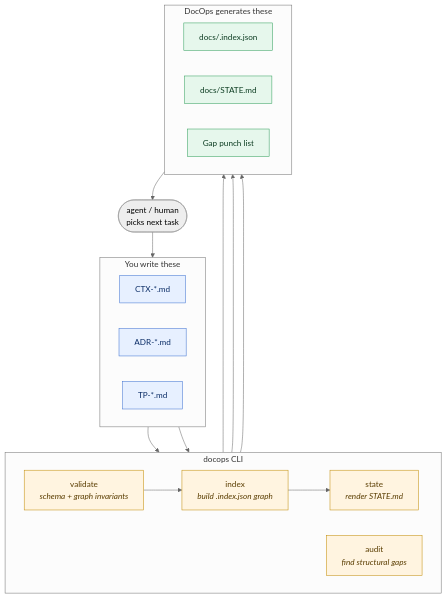
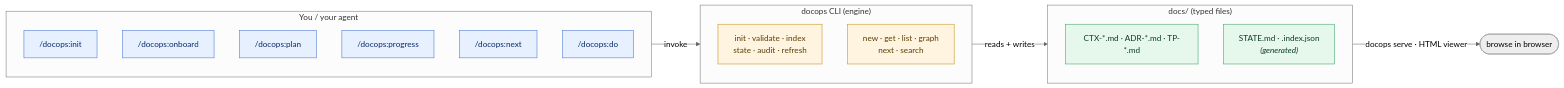
The second of 4 diagrams in README.md (logicwind/DocOps), drawn with Mermaid (neutral theme) before and after one commit. The commit also changed other lines of this file, not shown here.

First line of the commit message:
docs(readme): reframe around slash commands; demote CLI to engine

````diff
--- a/README.md
+++ b/README.md
@@ -75,40 +76,35 @@
 ```mermaid
-flowchart TD
-    subgraph Sources["You write these"]
-        direction LR
-        S1[CTX-*.md]
-        S2[ADR-*.md]
-        S3[TP-*.md]
+flowchart LR
+    subgraph You["You / your agent"]
+        direction TB
+        U1["/docops:init"]
+        U2["/docops:onboard"]
+        U3["/docops:plan"]
+        U4["/docops:progress"]
+        U5["/docops:next"]
+        U6["/docops:do"]
     end
 
-    subgraph CLI["docops CLI"]
-        direction LR
-        V["validate<br/><i>schema + graph invariants</i>"]
-        I["index<br/><i>build .index.json graph</i>"]
-        ST["state<br/><i>render STATE.md</i>"]
-        A["audit<br/><i>find structural gaps</i>"]
+    subgraph Engine["docops CLI (engine)"]
+        direction TB
+        E1["init · validate · index<br/>state · audit · refresh"]
+        E2["new · get · list · graph<br/>next · search"]
     end
 
-    subgraph Outputs["DocOps generates these"]
-        direction LR
-        O1[docs/.index.json]
-        O2[docs/STATE.md]
-        O3[Gap punch list]
+    subgraph Repo["docs/ (typed files)"]
+        direction TB
+        R1["CTX-*.md · ADR-*.md · TP-*.md"]
+        R2["STATE.md · .index.json<br/><i>(generated)</i>"]
     end
 
-    Sources --> V
-    V --> I --> ST
-    Sources --> A
-    I --> O1
-    ST --> O2
-    A --> O3
-    O2 --> AGENT(["agent / human<br/>picks next task"])
-    AGENT --> Sources
+    You -->|invoke| Engine
+    Engine -->|reads + writes| Repo
+    Repo -->|"docops serve · HTML viewer"| BROWSE(["browse in browser"])
 
-    classDef src fill:#e7f0ff,stroke:#3b6fd0,color:#0a2c66
-    classDef cli fill:#fff4e0,stroke:#c08a00,color:#5a3d00
-    classDef out fill:#e6f7ec,stroke:#2f9e5a,color:#0d3d22
-    class S1,S2,S3 src
-    class V,I,ST,A cli
-    class O1,O2,O3 out
+    classDef slash fill:#e7f0ff,stroke:#3b6fd0,color:#0a2c66
+    classDef engine fill:#fff4e0,stroke:#c08a00,color:#5a3d00
+    classDef repo fill:#e6f7ec,stroke:#2f9e5a,color:#0d3d22
+    class U1,U2,U3,U4,U5,U6 slash
+    class E1,E2 engine
+    class R1,R2 repo
 ```
````
